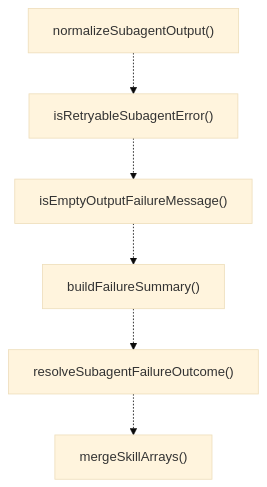
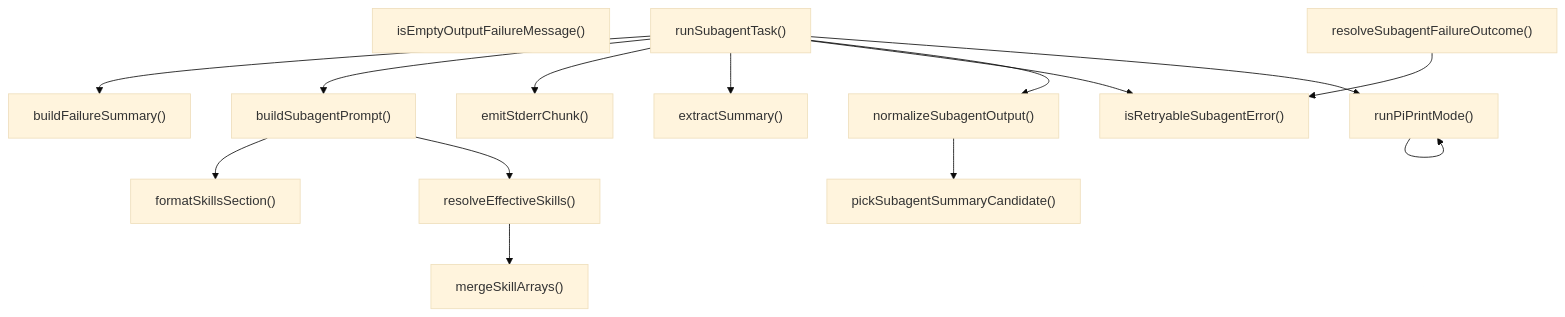
One commit to Mekann2904/mekann changed the third of 4 diagrams in ABDD/.pi/extensions/subagents/task-execution.md. Above: the diagram before and after it, drawn with Mermaid (base theme). The commit also changed other lines of this file and 277 other files, not shown here.

````diff
--- a/ABDD/.pi/extensions/subagents/task-execution.md
+++ b/ABDD/.pi/extensions/subagents/task-execution.md
@@ -78,14 +78,30 @@
 ```mermaid
 flowchart TD
+  buildFailureSummary["buildFailureSummary()"]
+  buildSubagentPrompt["buildSubagentPrompt()"]
+  emitStderrChunk["emitStderrChunk()"]
+  extractSummary["extractSummary()"]
+  formatSkillsSection["formatSkillsSection()"]
+  isEmptyOutputFailureMessage["isEmptyOutputFailureMessage()"]
+  isRetryableSubagentError["isRetryableSubagentError()"]
+  mergeSkillArrays["mergeSkillArrays()"]
   normalizeSubagentOutput["normalizeSubagentOutput()"]
-  isRetryableSubagentError["isRetryableSubagentError()"]
-  isEmptyOutputFailureMessage["isEmptyOutputFailureMessage()"]
-  buildFailureSummary["buildFailureSummary()"]
+  pickSubagentSummaryCandidate["pickSubagentSummaryCandidate()"]
+  resolveEffectiveSkills["resolveEffectiveSkills()"]
   resolveSubagentFailureOutcome["resolveSubagentFailureOutcome()"]
-  mergeSkillArrays["mergeSkillArrays()"]
-  normalizeSubagentOutput -.-> isRetryableSubagentError
-  isRetryableSubagentError -.-> isEmptyOutputFailureMessage
-  isEmptyOutputFailureMessage -.-> buildFailureSummary
-  buildFailureSummary -.-> resolveSubagentFailureOutcome
-  resolveSubagentFailureOutcome -.-> mergeSkillArrays
+  runPiPrintMode["runPiPrintMode()"]
+  runSubagentTask["runSubagentTask()"]
+  buildSubagentPrompt --> formatSkillsSection
+  buildSubagentPrompt --> resolveEffectiveSkills
+  normalizeSubagentOutput --> pickSubagentSummaryCandidate
+  resolveEffectiveSkills --> mergeSkillArrays
+  resolveSubagentFailureOutcome --> isRetryableSubagentError
+  runPiPrintMode --> runPiPrintMode
+  runSubagentTask --> buildFailureSummary
+  runSubagentTask --> buildSubagentPrompt
+  runSubagentTask --> emitStderrChunk
+  runSubagentTask --> extractSummary
+  runSubagentTask --> isRetryableSubagentError
+  runSubagentTask --> normalizeSubagentOutput
+  runSubagentTask --> runPiPrintMode
 ```
````
